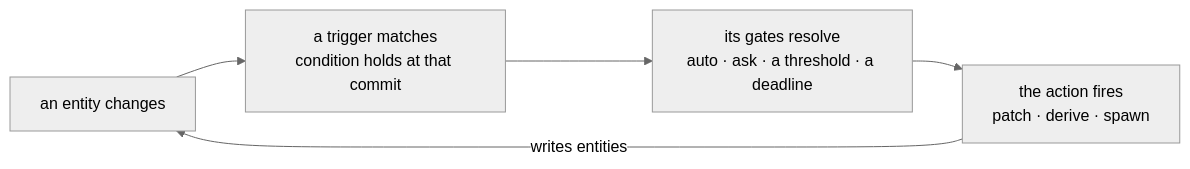
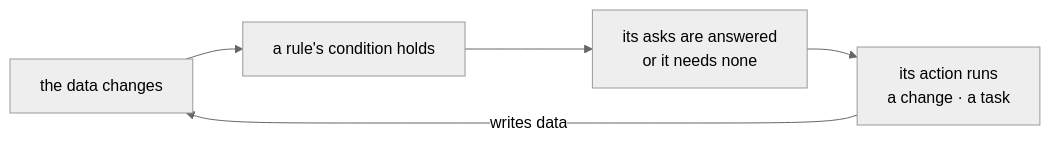
Before and after one commit to signadot/viff: the diagram in docs/concepts.md, drawn with Mermaid (neutral theme). The commit also changed other lines of this file and 29 other files, not shown here.

````diff
--- a/docs/concepts.md
+++ b/docs/concepts.md
@@ -19,7 +39,7 @@
 ```mermaid
 flowchart LR
-  change["an entity changes"] --> match["a trigger matches<br/>condition holds at that commit"]
-  match --> gate["its gates resolve<br/>auto · ask · a threshold · a deadline"]
-  gate --> act["the action fires<br/>patch · derive · spawn"]
-  act -->|"writes entities"| change
+  change["the data changes"] --> match["a rule's condition holds"]
+  match --> gate["its asks are answered<br/>or it needs none"]
+  gate --> act["its action runs<br/>a change · a task"]
+  act -->|"writes data"| change
 ```
````
